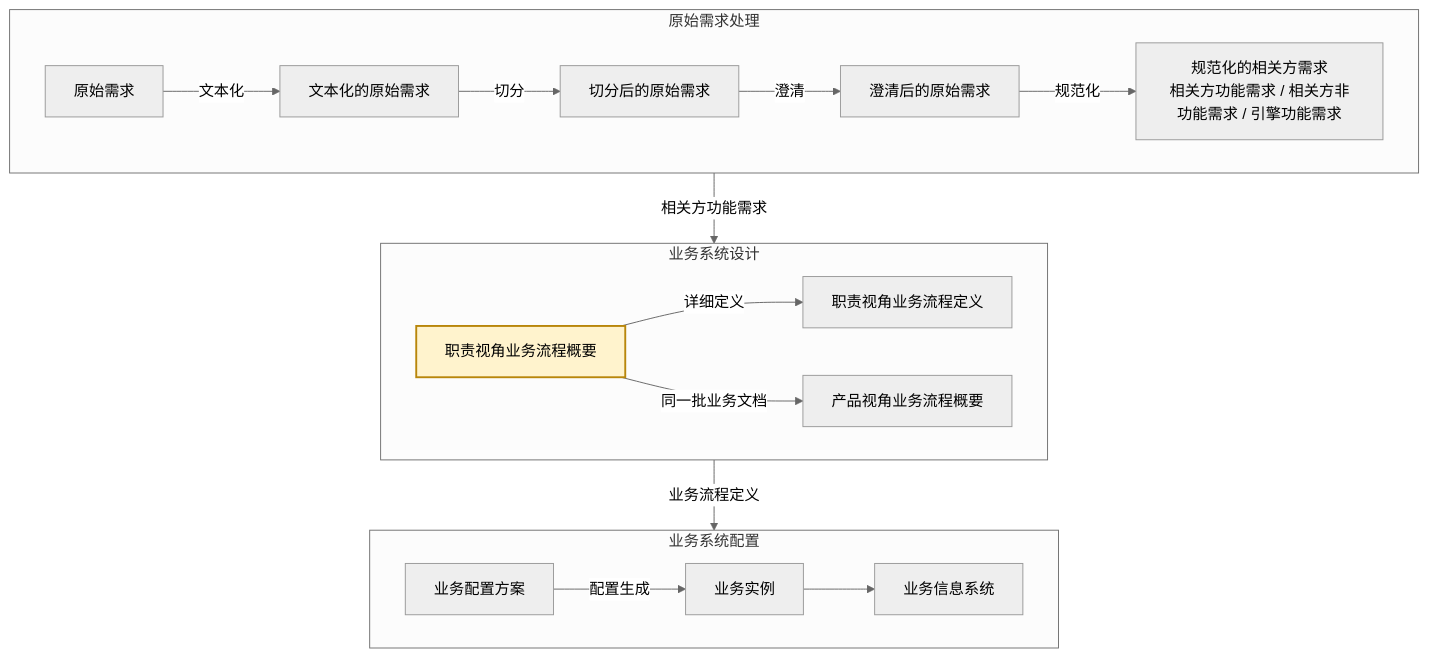
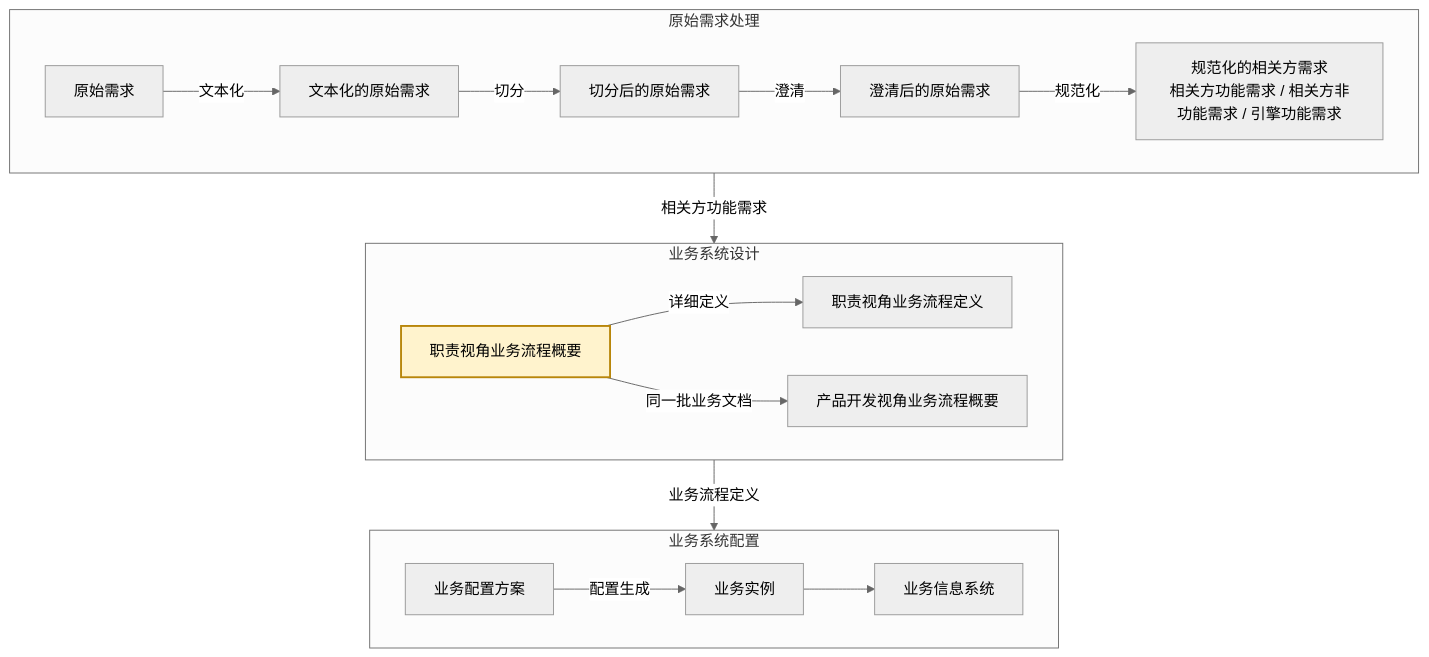
One commit to Yongjunzhou/AOS-system-design changed the first of 2 diagrams in 20-pl4eos/10-pl4eos-subpl-sysdev/10-wfsysdev-4-eos/eos-biz01abr-stfr2rbpl.md. Above: the diagram before and after it, drawn with Mermaid (neutral theme). The commit also changed other lines of this file and 4 other files, not shown here.

````diff
--- a/20-pl4eos/10-pl4eos-subpl-sysdev/10-wfsysdev-4-eos/eos-biz01abr-stfr2rbpl.md
+++ b/20-pl4eos/10-pl4eos-subpl-sysdev/10-wfsysdev-4-eos/eos-biz01abr-stfr2rbpl.md
@@ -30,25 +30,25 @@
 ```mermaid
 flowchart TD
     subgraph S1["原始需求处理"]
         direction LR
         r0["原始需求"] -->|文本化| r1["文本化的原始需求"]
         r1 -->|切分| r2["切分后的原始需求"]
         r2 -->|澄清| r3["澄清后的原始需求"]
         r3 -->|规范化| r4["规范化的相关方需求<br/>相关方功能需求 / 相关方非功能需求 / 引擎功能需求"]
     end
     subgraph S2["业务系统设计"]
         direction LR
         b1["职责视角业务流程概要"] -->|详细定义| b3["职责视角业务流程定义"]
-        b2["产品视角业务流程概要"]
+        b2["产品开发视角业务流程概要"]
     end
     subgraph S3["业务系统配置"]
         direction LR
         c1["业务配置方案"] -->|配置生成| c2["业务实例"]
         c2 --> c3["业务信息系统"]
     end
     r4 -->|相关方功能需求| b1
     b1 -->|同一批业务文档| b2
     b3 -->|业务流程定义| c1
     classDef here fill:#fff3cd,stroke:#b8860b,stroke-width:2px
     class b1 here
 ```
````
